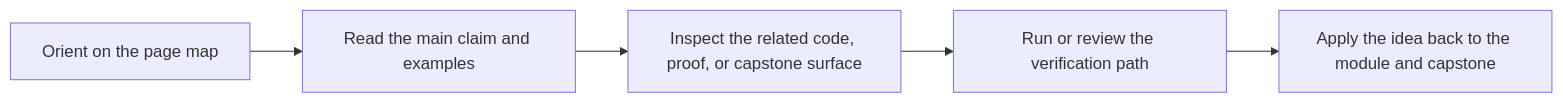
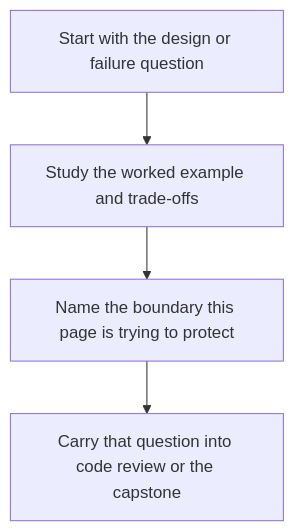
Before and after one commit to bijux/bijux-masterclass: the second of 2 diagrams in programs/python-programming/python-object-oriented-programming/course-book/module-09-public-apis-and-extension-governance/documentation-examples-and-executable-api-promises.md, drawn with Mermaid. The commit also changed other lines of this file and 107 other files, not shown here.

Commit message:
docs(python-object-oriented-programming): align concept page diagrams

````diff
--- a/programs/python-programming/python-object-oriented-programming/course-book/module-09-public-apis-and-extension-governance/documentation-examples-and-executable-api-promises.md
+++ b/programs/python-programming/python-object-oriented-programming/course-book/module-09-public-apis-and-extension-governance/documentation-examples-and-executable-api-promises.md
@@ -19,7 +15,6 @@
 ```mermaid
-flowchart LR
-  orient["Orient on the page map"] --> read["Read the main claim and examples"]
-  read --> inspect["Inspect the related code, proof, or capstone surface"]
-  inspect --> verify["Run or review the verification path"]
-  verify --> apply["Apply the idea back to the module and capstone"]
+flowchart TD
+  problem["Start with the design or failure question"] --> example["Study the worked example and trade-offs"]
+  example --> boundary["Name the boundary this page is trying to protect"]
+  boundary --> proof["Carry that question into code review or the capstone"]
 ```
````
